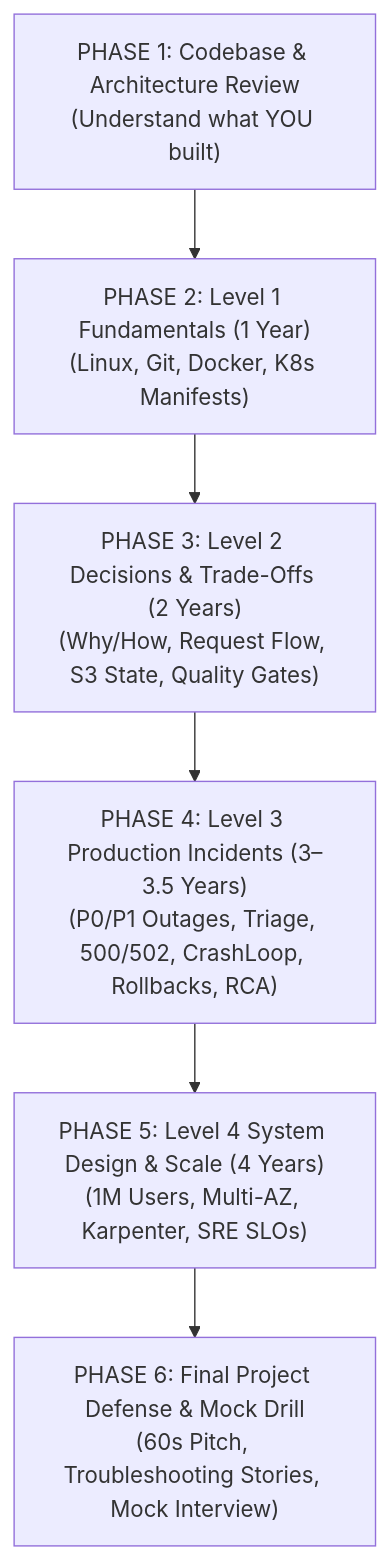
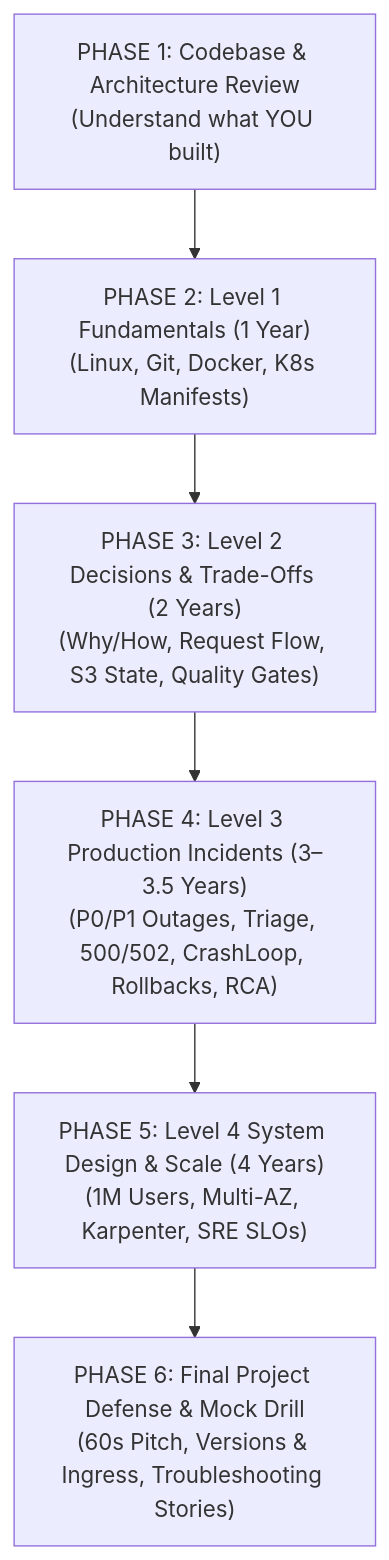
The diagram in interview-notes/00-master-revision-roadmap.md (sahil9079/node-react-postgres), drawn with Mermaid before and after one commit. The commit also changed other lines of this file and 2 other files, not shown here.

````diff
--- a/interview-notes/00-master-revision-roadmap.md
+++ b/interview-notes/00-master-revision-roadmap.md
@@ -10,11 +10,11 @@
 ```mermaid
 flowchart TD
     Phase1["PHASE 1: Codebase & Architecture Review\n(Understand what YOU built)"]
     Phase2["PHASE 2: Level 1 Fundamentals (1 Year)\n(Linux, Git, Docker, K8s Manifests)"]
     Phase3["PHASE 3: Level 2 Decisions & Trade-Offs (2 Years)\n(Why/How, Request Flow, S3 State, Quality Gates)"]
     Phase4["PHASE 4: Level 3 Production Incidents (3–3.5 Years)\n(P0/P1 Outages, Triage, 500/502, CrashLoop, Rollbacks, RCA)"]
     Phase5["PHASE 5: Level 4 System Design & Scale (4 Years)\n(1M Users, Multi-AZ, Karpenter, SRE SLOs)"]
-    Phase6["PHASE 6: Final Project Defense & Mock Drill\n(60s Pitch, Troubleshooting Stories, Mock Interview)"]
+    Phase6["PHASE 6: Final Project Defense & Mock Drill\n(60s Pitch, Versions & Ingress, Troubleshooting Stories)"]
 
     Phase1 --> Phase2 --> Phase3 --> Phase4 --> Phase5 --> Phase6
 ```
````
